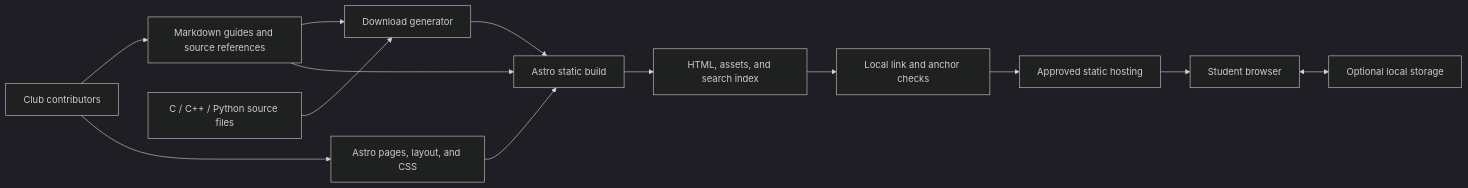
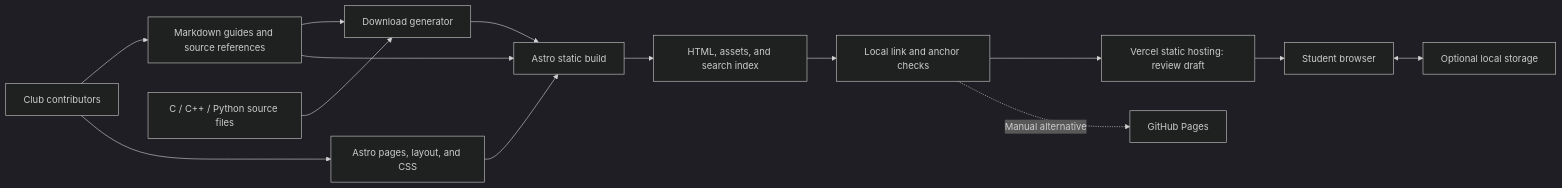
The first of 2 diagrams in docs/architecture.md (SeanixReal/icpep-starter), drawn with Mermaid (dark theme) before and after one commit. The commit also changed other lines of this file and 13 other files, not shown here.

Commit message:
Configure Vercel deployment and document hosting

````diff
--- a/docs/architecture.md
+++ b/docs/architecture.md
@@ -7,15 +7,16 @@
 ```mermaid
 flowchart LR
     Club[Club contributors] --> MD[Markdown guides and source references]
     Club --> UI[Astro pages, layout, and CSS]
     Samples[C / C++ / Python source files] --> Downloads[Download generator]
     MD --> Downloads
     MD --> Astro[Astro static build]
     UI --> Astro
     Downloads --> Astro
     Astro --> HTML[HTML, assets, and search index]
     HTML --> Checks[Local link and anchor checks]
-    Checks --> Host[Approved static hosting]
+    Checks --> Host[Vercel static hosting: review draft]
+    Checks -. Manual alternative .-> Pages[GitHub Pages]
     Host --> Reader[Student browser]
     Reader <--> Local[Optional local storage]
 ```
````
